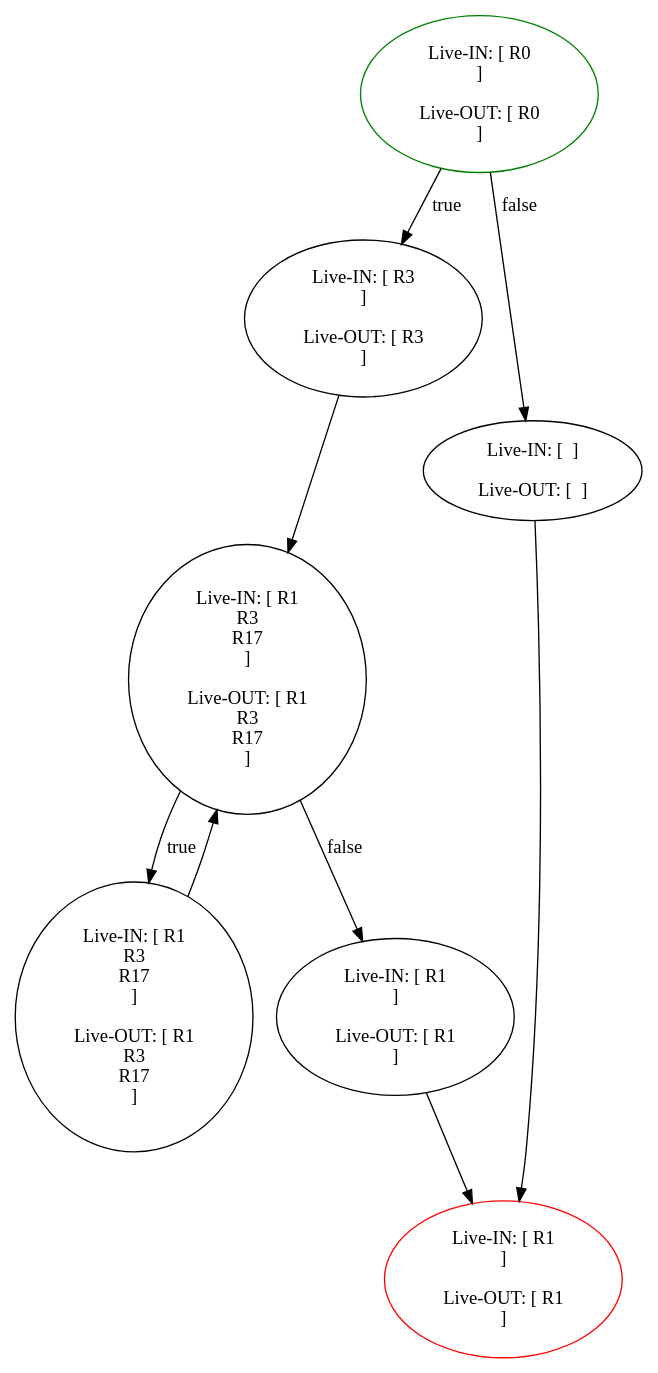
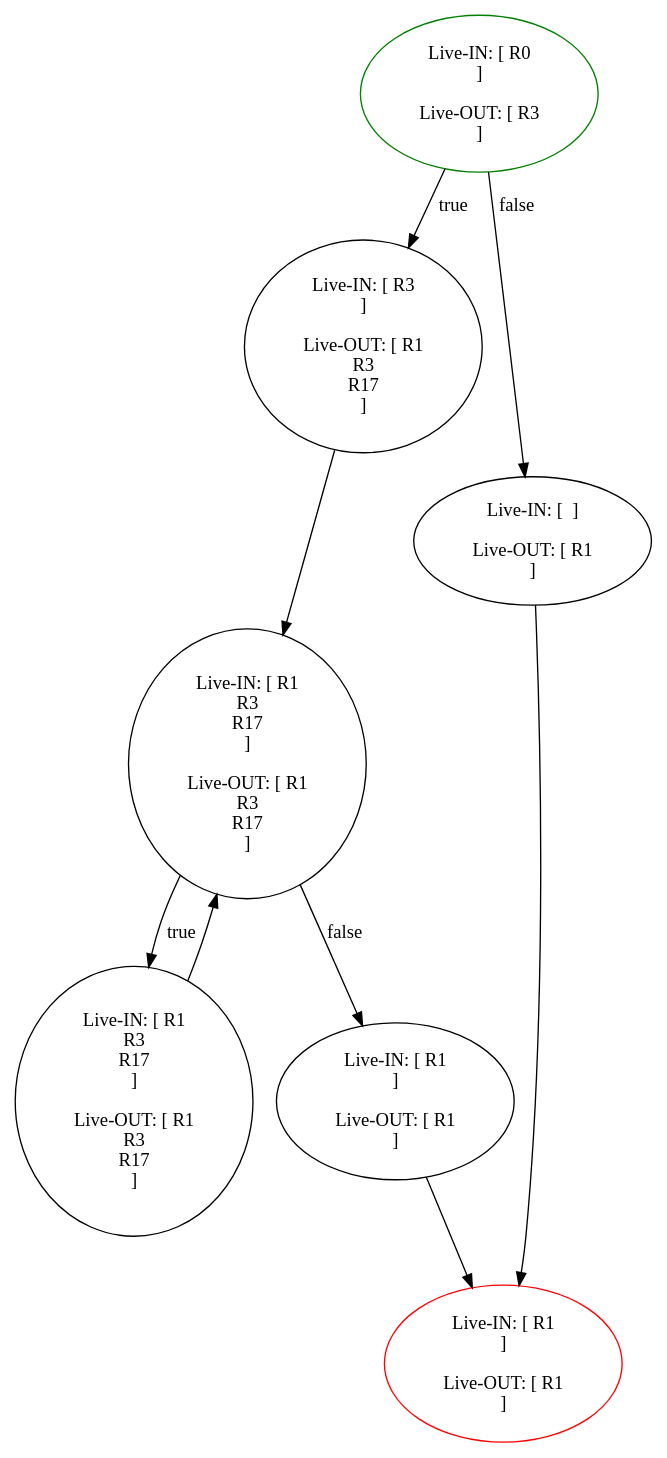
The diagram in project/PF5/cfg/dot/fibonacci-liveness.dot (wuacs/unipi-lci), drawn with Graphviz before and after one commit. The commit also changed 12 other files, not shown here.

```diff
--- a/project/PF5/cfg/dot/fibonacci-liveness.dot
+++ b/project/PF5/cfg/dot/fibonacci-liveness.dot
@@ -1,26 +1,26 @@
 digraph G {
   // Entry node
   0 [shape=ellipse, color=green];
   // Exit node
   6 [shape=ellipse, color=red];
   0 [label="Live-IN: [ R0\n ]
-  \n Live-OUT: [ R0\n ]"];
+    \n Live-OUT: [ R3\n ]"];
   1 [label="Live-IN: [ R3\n ]
-  \n Live-OUT: [ R3\n ]"];
+    \n Live-OUT: [ R1\nR3\nR17\n ]"];
   2 [label="Live-IN: [ R1\nR3\nR17\n ]
-  \n Live-OUT: [ R1\nR3\nR17\n ]"];
+    \n Live-OUT: [ R1\nR3\nR17\n ]"];
   3 [label="Live-IN: [ R1\nR3\nR17\n ]
-  \n Live-OUT: [ R1\nR3\nR17\n ]"];
+    \n Live-OUT: [ R1\nR3\nR17\n ]"];
   4 [label="Live-IN: [ R1\n ]
-  \n Live-OUT: [ R1\n ]"];
+    \n Live-OUT: [ R1\n ]"];
   5 [label="Live-IN: [  ]
-  \n Live-OUT: [  ]"];
+    \n Live-OUT: [ R1\n ]"];
   6 [label="Live-IN: [ R1\n ]
-  \n Live-OUT: [ R1\n ]"];
+    \n Live-OUT: [ R1\n ]"];
 0 -> 1 [label="true"];
 0 -> 5 [label="false"];1 -> 2;
 2 -> 3 [label="true"];
 2 -> 4 [label="false"];3 -> 2;
 4 -> 6;
 5 -> 6;
 }
```
